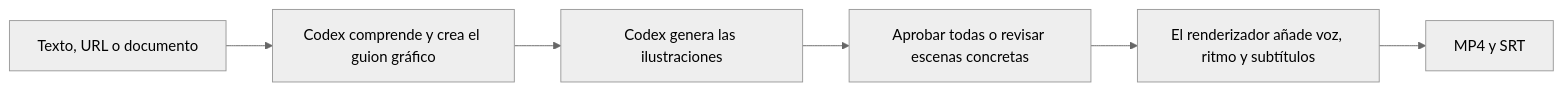
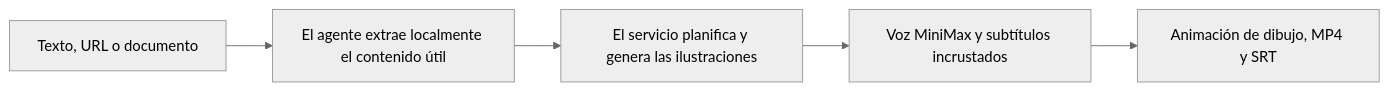
Before and after one commit to SpeedPainterOrg/explainer-video: the diagram in docs/README.es.md, drawn with Mermaid (neutral theme). The commit also changed other lines of this file and 6 other files, not shown here.

````diff
--- a/docs/README.es.md
+++ b/docs/README.es.md
@@ -81,8 +106,7 @@
 ```mermaid
 flowchart LR
-    A["Texto, URL o documento"] --> B["Codex comprende y crea el guion gráfico"]
-    B --> C["Codex genera las ilustraciones"]
-    C --> R["Aprobar todas o revisar escenas concretas"]
-    R --> D["El renderizador añade voz, ritmo y subtítulos"]
-    D --> E["MP4 y SRT"]
+    A["Texto, URL o documento"] --> B["El agente extrae localmente el contenido útil"]
+    B --> C["El servicio planifica y genera las ilustraciones"]
+    C --> D["Voz MiniMax y subtítulos incrustados"]
+    D --> E["Animación de dibujo, MP4 y SRT"]
 ```
````
